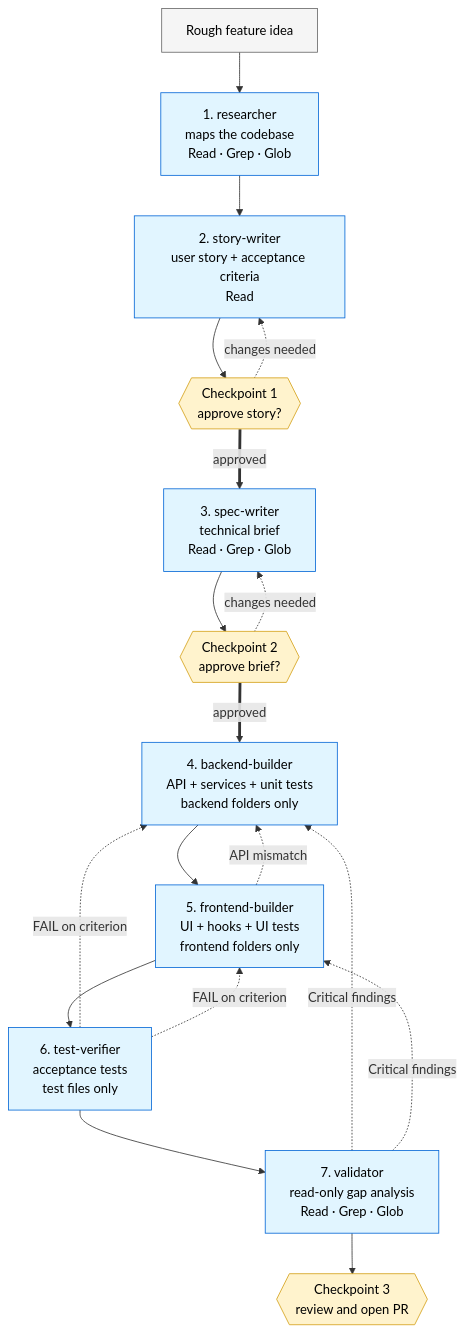
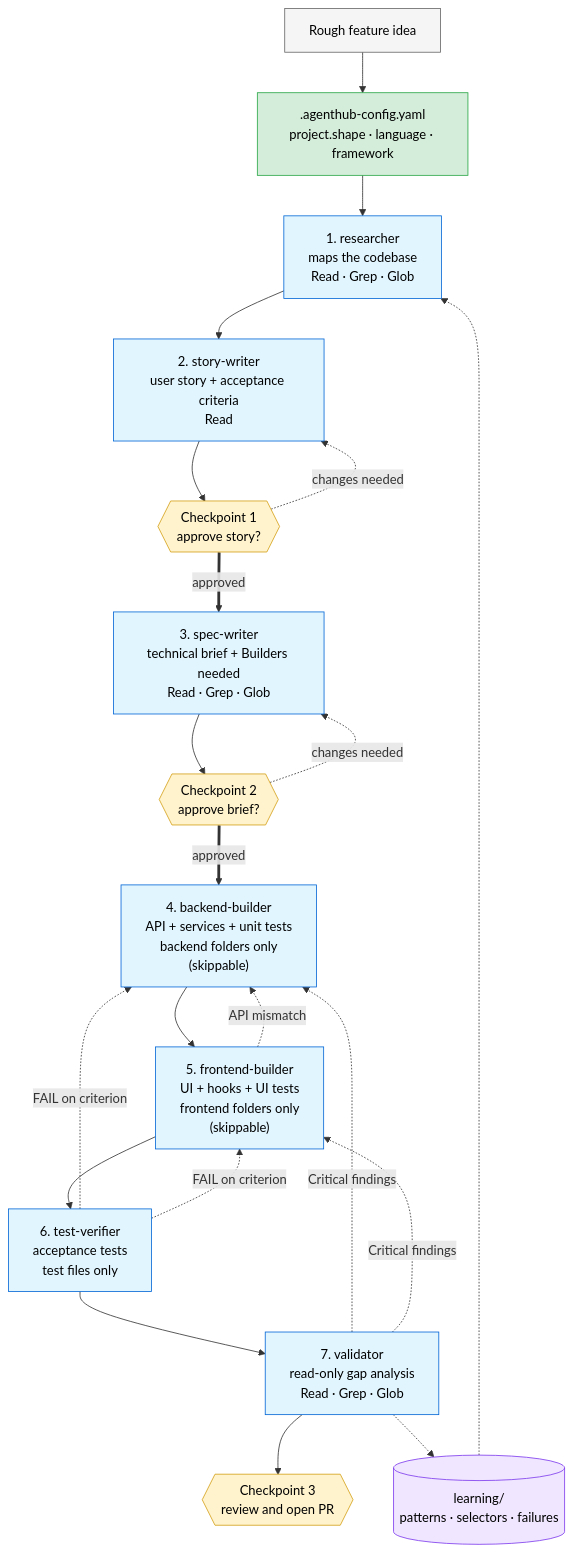
One commit to kpassoubady/agent-hub changed the diagram in diagrams/01-factory-chain.md. Above: the diagram before and after it, drawn with Mermaid. The commit also changed other lines of this file and 14 other files, not shown here.

First line of the commit message:
v0.2: auto-detect projects, project-shape skip logic, escalating retry context (#1)

````diff
--- a/diagrams/01-factory-chain.md
+++ b/diagrams/01-factory-chain.md
@@ -5,34 +7,41 @@
 ```mermaid
 flowchart TD
+    Config[".agenthub-config.yaml<br/>project.shape · language · framework"]
     Idea[Rough feature idea]
-    Idea --> R[1. researcher<br/>maps the codebase<br/>Read · Grep · Glob]
+    Idea --> Config
+    Config --> R[1. researcher<br/>maps the codebase<br/>Read · Grep · Glob]
     R --> SW[2. story-writer<br/>user story + acceptance criteria<br/>Read]
     SW --> CP1{{Checkpoint 1<br/>approve story?}}
     CP1 -.->|changes needed| SW
-    CP1 ==>|approved| SP[3. spec-writer<br/>technical brief<br/>Read · Grep · Glob]
+    CP1 ==>|approved| SP[3. spec-writer<br/>technical brief + Builders needed<br/>Read · Grep · Glob]
     SP --> CP2{{Checkpoint 2<br/>approve brief?}}
     CP2 -.->|changes needed| SP
-    CP2 ==>|approved| BE[4. backend-builder<br/>API + services + unit tests<br/>backend folders only]
-    BE --> FE[5. frontend-builder<br/>UI + hooks + UI tests<br/>frontend folders only]
+    CP2 ==>|approved| BE["4. backend-builder<br/>API + services + unit tests<br/>backend folders only<br/>(skippable)"]
+    BE --> FE["5. frontend-builder<br/>UI + hooks + UI tests<br/>frontend folders only<br/>(skippable)"]
     FE --> TV[6. test-verifier<br/>acceptance tests<br/>test files only]
     TV --> V[7. validator<br/>read-only gap analysis<br/>Read · Grep · Glob]
     V --> CP3{{Checkpoint 3<br/>review and open PR}}
 
     TV -.->|FAIL on criterion| BE
     TV -.->|FAIL on criterion| FE
     V -.->|Critical findings| BE
     V -.->|Critical findings| FE
     FE -.->|API mismatch| BE
 
+    Learn[("learning/<br/>patterns · selectors · failures")] -.-> R
+    V -.-> Learn
+
+    style Config fill:#d4edda,stroke:#28a745,color:#000
     style Idea fill:#f5f5f5,stroke:#666,color:#000
     style R fill:#e1f5ff,stroke:#0366d6,color:#000
     style SW fill:#e1f5ff,stroke:#0366d6,color:#000
     style SP fill:#e1f5ff,stroke:#0366d6,color:#000
     style BE fill:#e1f5ff,stroke:#0366d6,color:#000
     style FE fill:#e1f5ff,stroke:#0366d6,color:#000
     style TV fill:#e1f5ff,stroke:#0366d6,color:#000
     style V fill:#e1f5ff,stroke:#0366d6,color:#000
     style CP1 fill:#fff3cd,stroke:#d4a017,color:#000
     style CP2 fill:#fff3cd,stroke:#d4a017,color:#000
     style CP3 fill:#fff3cd,stroke:#d4a017,color:#000
+    style Learn fill:#f0e6ff,stroke:#7c3aed,color:#000
 ```
````
